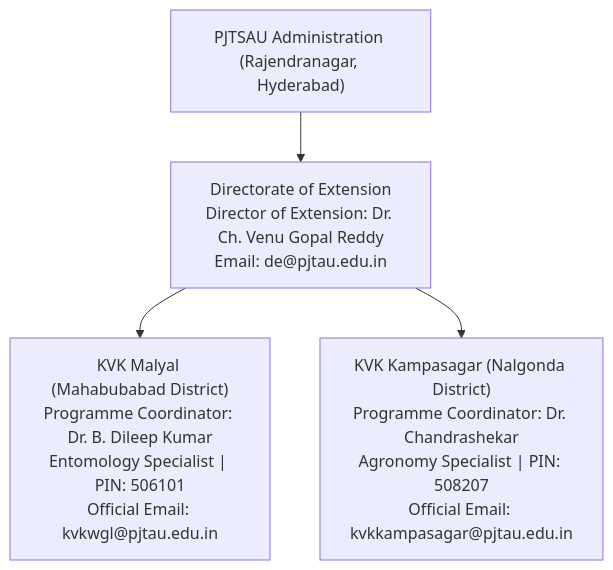
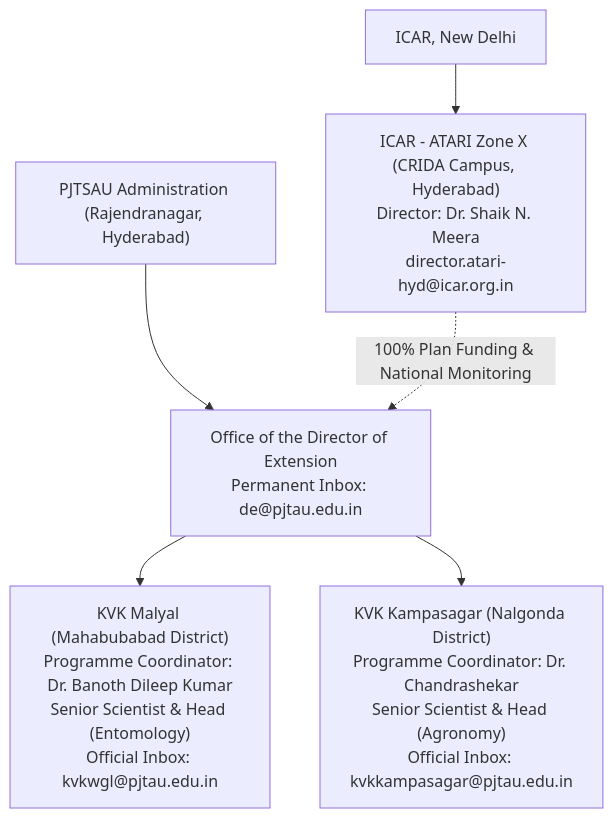
One commit to gokul1599/ACREVIA changed the diagram in docs/pilot/PHASE_02_OUTREACH_PRE_AUTHORIZATION_DOSSIER.md. Above: the diagram before and after it, drawn with Mermaid. The commit also changed other lines of this file and 8 other files, not shown here.

````diff
--- a/docs/pilot/PHASE_02_OUTREACH_PRE_AUTHORIZATION_DOSSIER.md
+++ b/docs/pilot/PHASE_02_OUTREACH_PRE_AUTHORIZATION_DOSSIER.md
@@ -65,6 +62,8 @@
 ```mermaid
 flowchart TD
-    Univ["PJTSAU Administration (Rajendranagar, Hyderabad)"] --> DoE["Directorate of Extension<br>Director of Extension: Dr. Ch. Venu Gopal Reddy<br>Email: de@pjtau.edu.in"]
-    DoE --> KVK1["KVK Malyal (Mahabubabad District)<br>Programme Coordinator: Dr. B. Dileep Kumar<br>Entomology Specialist | PIN: 506101<br>Official Email: kvkwgl@pjtau.edu.in"]
-    DoE --> KVK2["KVK Kampasagar (Nalgonda District)<br>Programme Coordinator: Dr. Chandrashekar<br>Agronomy Specialist | PIN: 508207<br>Official Email: kvkkampasagar@pjtau.edu.in"]
+    ICAR["ICAR, New Delhi"] --> ATARI["ICAR - ATARI Zone X (CRIDA Campus, Hyderabad)<br>Director: Dr. Shaik N. Meera<br>director.atari-hyd@icar.org.in"]
+    PJTSAU["PJTSAU Administration (Rajendranagar, Hyderabad)"] --> DoE["Office of the Director of Extension<br>Permanent Inbox: de@pjtau.edu.in"]
+    ATARI -.->|100% Plan Funding & National Monitoring| DoE
+    DoE --> KVK1["KVK Malyal (Mahabubabad District)<br>Programme Coordinator: Dr. Banoth Dileep Kumar<br>Senior Scientist & Head (Entomology)<br>Official Inbox: kvkwgl@pjtau.edu.in"]
+    DoE --> KVK2["KVK Kampasagar (Nalgonda District)<br>Programme Coordinator: Dr. Chandrashekar<br>Senior Scientist & Head (Agronomy)<br>Official Inbox: kvkkampasagar@pjtau.edu.in"]
 ```
````
